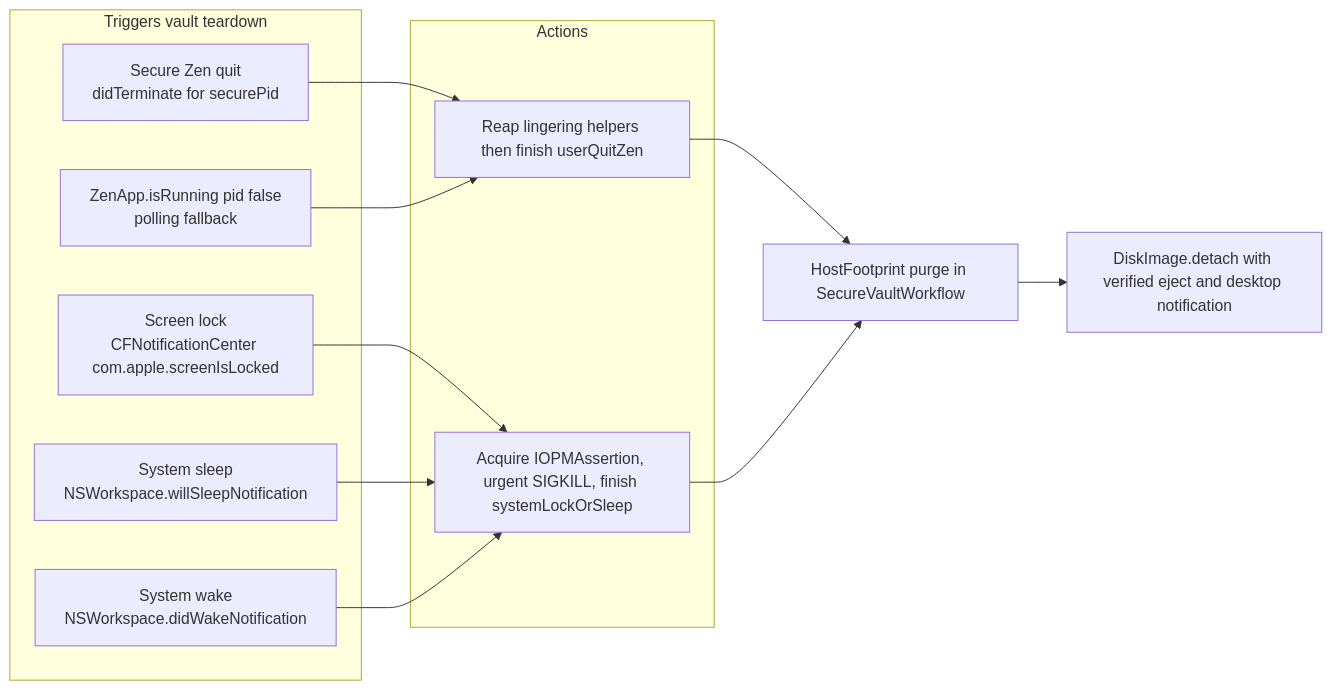
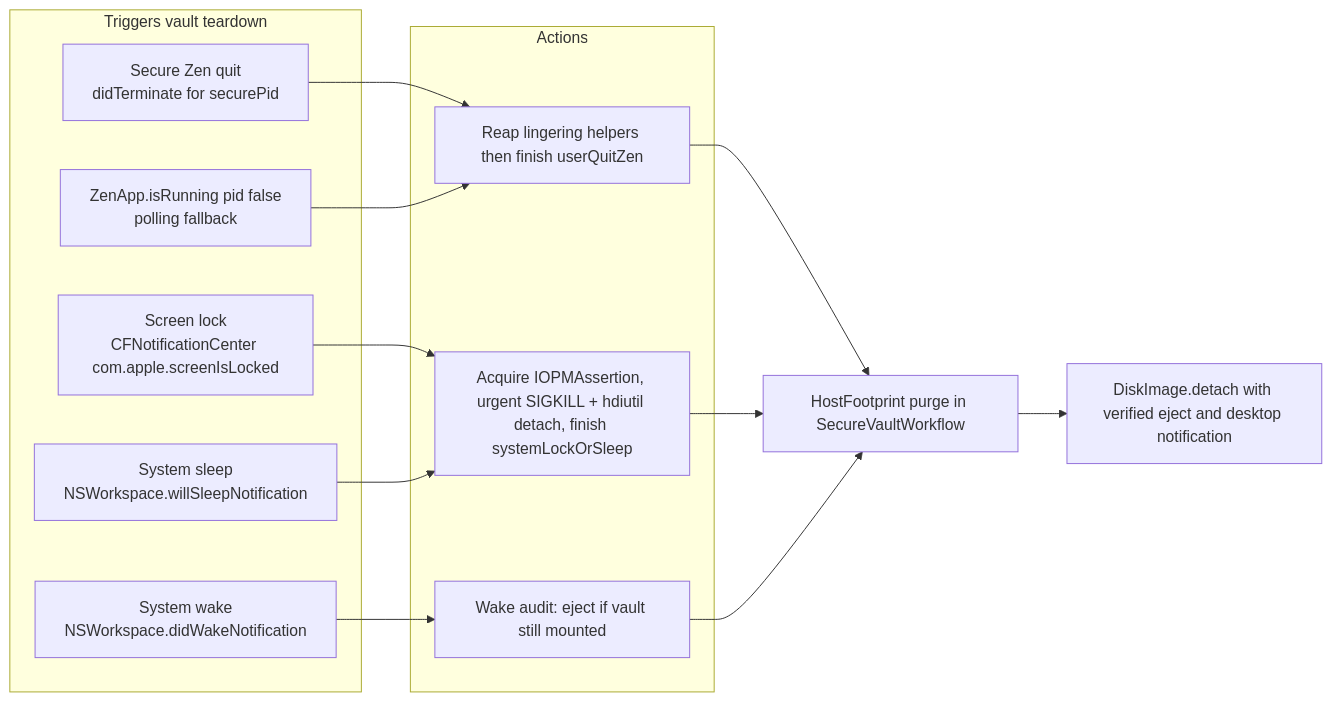
Before and after one commit to Johann-Goncalves-Pereira/Raycast: the fourth of 6 diagrams in პროფილი/README.md, drawn with Mermaid. The commit also changed other lines of this file and 2 other files, not shown here.

First line of the commit message:
security 🔒: Eject vault under sleep assertion and harden wake audit

````diff
--- a/პროფილი/README.md
+++ b/პროფილი/README.md
@@ -138,26 +138,28 @@
 ```mermaid
 flowchart LR
     subgraph triggers [Triggers vault teardown]
         Quit[Secure Zen quit<br/>didTerminate for securePid]
         Poll[ZenApp.isRunning pid false<br/>polling fallback]
         Lock[Screen lock<br/>CFNotificationCenter com.apple.screenIsLocked]
         Sleep[System sleep<br/>NSWorkspace.willSleepNotification]
         Wake[System wake<br/>NSWorkspace.didWakeNotification]
     end
 
     subgraph actions [Actions]
         NormalStop[Reap lingering helpers then finish userQuitZen]
-        SecurityStop[Acquire IOPMAssertion, urgent SIGKILL, finish systemLockOrSleep]
+        SecurityStop[Acquire IOPMAssertion, urgent SIGKILL + hdiutil detach, finish systemLockOrSleep]
+        WakeAudit[Wake audit: eject if vault still mounted]
     end
 
     Quit --> NormalStop
     Poll --> NormalStop
     Lock --> SecurityStop
     Sleep --> SecurityStop
-    Wake --> SecurityStop
+    Wake --> WakeAudit
 
     NormalStop --> Purge[HostFootprint purge in SecureVaultWorkflow]
     SecurityStop --> Purge
+    WakeAudit --> Purge
 
     Purge --> Eject[DiskImage.detach with verified eject and desktop notification]
 ```
````
